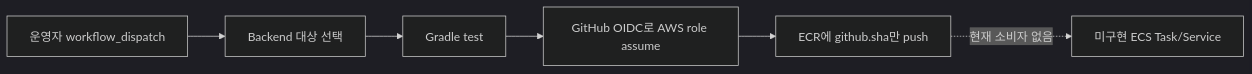
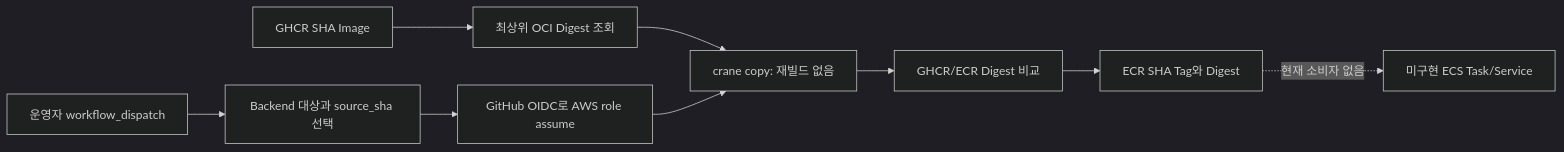
The second of 3 diagrams in docs/architecture/cicd-deployment.md (hyunmyungchoi/Spring-React-MSA), drawn with Mermaid (dark theme) before and after one commit. The commit also changed other lines of this file and 125 other files, not shown here.

Commit message:
feat: add AWS learning runtime and image promotion [skip ci]

````diff
--- a/docs/architecture/cicd-deployment.md
+++ b/docs/architecture/cicd-deployment.md
@@ -66,8 +66,11 @@
 ```mermaid
 flowchart LR
-    O["운영자 workflow_dispatch"] --> S["Backend 대상 선택"]
-    S --> T["Gradle test"]
-    T --> I["GitHub OIDC로 AWS role assume"]
-    I --> E["ECR에 github.sha만 push"]
+    G["GHCR SHA Image"] --> D["최상위 OCI Digest 조회"]
+    O["운영자 workflow_dispatch"] --> S["Backend 대상과 source_sha 선택"]
+    S --> I["GitHub OIDC로 AWS role assume"]
+    D --> C["crane copy: 재빌드 없음"]
+    I --> C
+    C --> V["GHCR/ECR Digest 비교"]
+    V --> E["ECR SHA Tag와 Digest"]
     E -. "현재 소비자 없음" .-> X["미구현 ECS Task/Service"]
 ```
````
